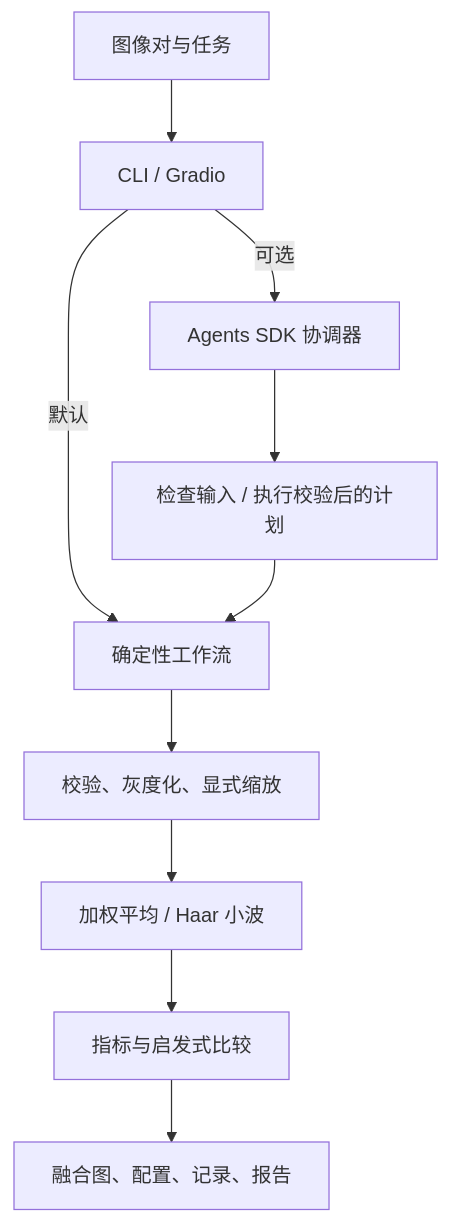
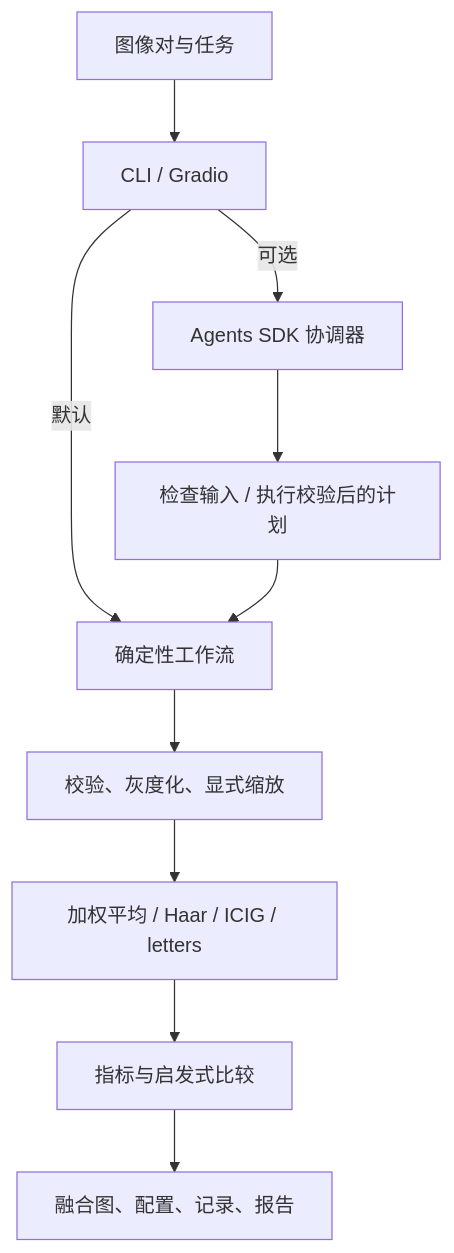
One commit to hjt991202/fusion-agent changed the diagram in README_zh.md. Above: the diagram before and after it, drawn with Mermaid. The commit also changed other lines of this file and 119 other files, not shown here.

Commit message:
Integrate ICIG and letters fusion with 15 Jiandu demonstrations

````diff
--- a/README_zh.md
+++ b/README_zh.md
@@ -32,12 +43,12 @@
 ```mermaid
 flowchart TD
     I[图像对与任务] --> E[CLI / Gradio]
     E -->|默认| W[确定性工作流]
     E -->|可选| A[Agents SDK 协调器]
     A --> T[检查输入 / 执行校验后的计划]
     T --> W
     W --> P[校验、灰度化、显式缩放]
-    P --> F[加权平均 / Haar 小波]
+    P --> F[加权平均 / Haar / ICIG / letters]
     F --> M[指标与启发式比较]
     M --> R[融合图、配置、记录、报告]
 ```
````
